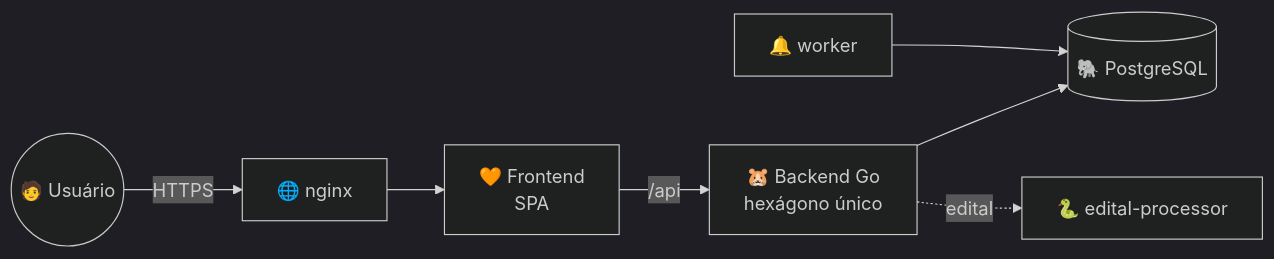
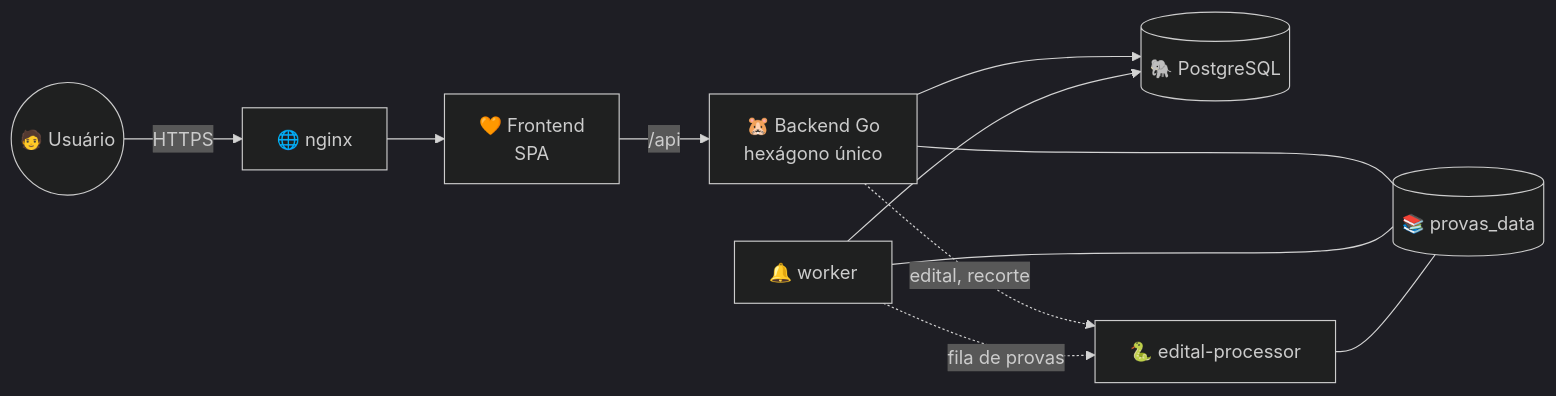
The first of 2 diagrams in docs/arquitetura.md (caetasousa/studygo), drawn with Mermaid (dark theme) before and after one commit. The commit also changed other lines of this file and 2 other files, not shown here.

First line of the commit message:
docs: catálogo de provas e a aba Questões

````diff
--- a/docs/arquitetura.md
+++ b/docs/arquitetura.md
@@ -22,9 +22,11 @@
 ```mermaid
 flowchart LR
     U(("🧑 Usuário")) -- HTTPS --> N["🌐 nginx"]
     N --> F["🧡 Frontend<br/>SPA"]
     F -- "/api" --> B["🐹 Backend Go<br/>hexágono único"]
     B --> P[("🐘 PostgreSQL")]
-    B -. edital .-> E["🐍 edital-processor"]
+    B -. edital, recorte .-> E["🐍 edital-processor"]
     W["🔔 worker"] --> P
+    W -. fila de provas .-> E
+    B & W & E --- V[("📚 provas_data")]
 ```
````
